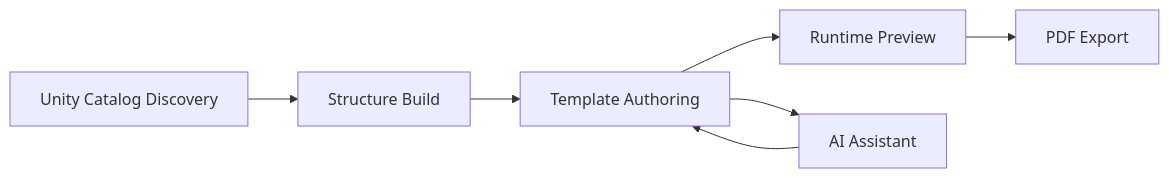
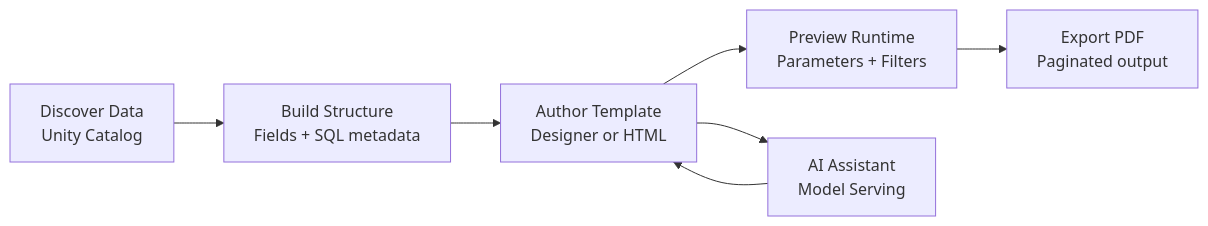
The first of 2 diagrams in README.md (yasarkocyigit/dbx-paginated-reporting), drawn with Mermaid before and after one commit. The commit also changed other lines of this file, not shown here.

````diff
--- a/README.md
+++ b/README.md
@@ -83,9 +51,9 @@
 ```mermaid
 flowchart LR
-    A[Unity Catalog Discovery] --> B[Structure Build]
-    B --> C[Template Authoring]
-    C --> D[Runtime Preview]
-    D --> E[PDF Export]
-    C --> F[AI Assistant]
+    A[Discover Data<br/>Unity Catalog] --> B[Build Structure<br/>Fields + SQL metadata]
+    B --> C[Author Template<br/>Designer or HTML]
+    C --> D[Preview Runtime<br/>Parameters + Filters]
+    D --> E[Export PDF<br/>Paginated output]
+    C --> F[AI Assistant<br/>Model Serving]
     F --> C
 ```
````
